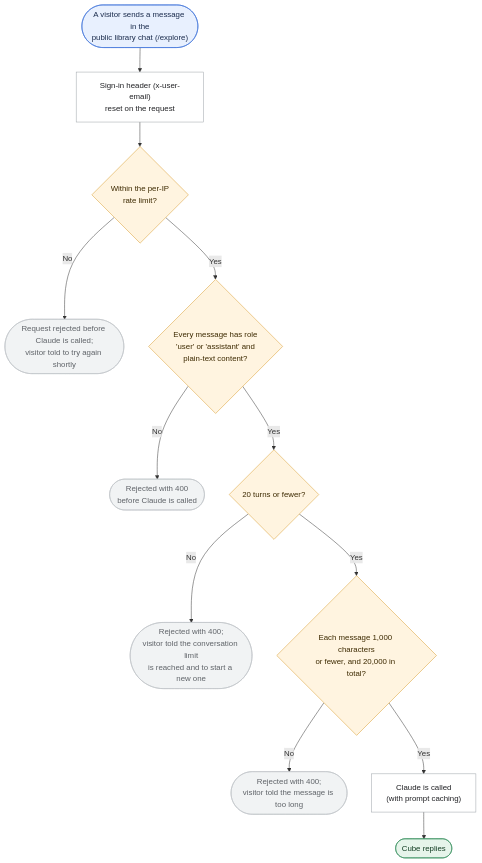
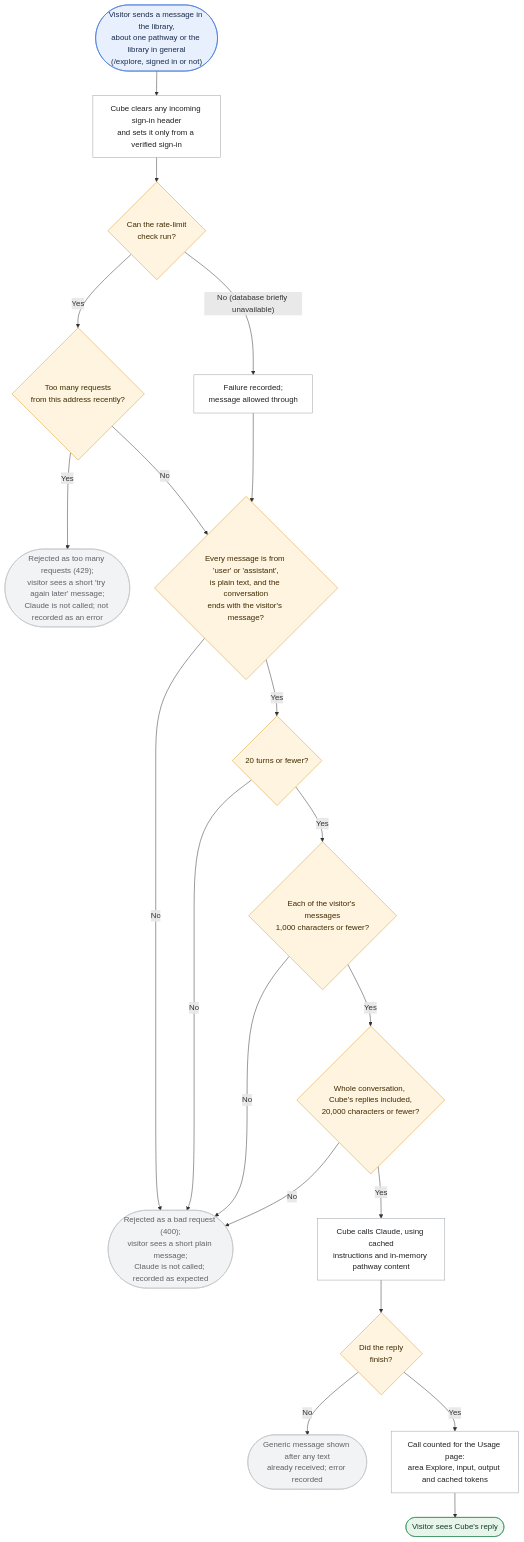
One commit to SwanandAI/diffusion-cube changed the second of 4 diagrams in docs/features/monitoring-logging-cleanup/requirement_monitoring_logging_cleanup.md. Above: the diagram before and after it, drawn with Mermaid. The commit also changed other lines of this file and 108 other files, not shown here.

Commit message:
feat: implement monitoring, logging, rate limiting, and error handling infrastructure with database migrations

````diff
--- a/docs/features/monitoring-logging-cleanup/requirement_monitoring_logging_cleanup.md
+++ b/docs/features/monitoring-logging-cleanup/requirement_monitoring_logging_cleanup.md
@@ -190,26 +214,34 @@
 ```mermaid
 flowchart TD
-    S(["A visitor sends a message in the<br/>public library chat (/explore)"]) --> H["Sign-in header (x-user-email)<br/>reset on the request"]
-    H --> RL{"Within the per-IP<br/>rate limit?"}
-    RL -->|"No"| RJ1(["Request rejected before Claude is called;<br/>visitor told to try again shortly"])
-    RL -->|"Yes"| FM{"Every message has role<br/>'user' or 'assistant' and<br/>plain-text content?"}
-    FM -->|"No"| RJ2(["Rejected with 400<br/>before Claude is called"])
-    FM -->|"Yes"| TN{"20 turns or fewer?"}
-    TN -->|"No"| RJ3(["Rejected with 400;<br/>visitor told the conversation limit<br/>is reached and to start a new one"])
-    TN -->|"Yes"| MS{"Each message 1,000 characters<br/>or fewer, and 20,000 in total?"}
-    MS -->|"No"| RJ4(["Rejected with 400;<br/>visitor told the message is too long"])
-    MS -->|"Yes"| OK["Claude is called<br/>(with prompt caching)"]
-    OK --> DONE(["Cube replies"])
+    S(["Visitor sends a message in the library,<br/>about one pathway or the library in general<br/>(/explore, signed in or not)"]) --> H["Cube clears any incoming sign-in header<br/>and sets it only from a verified sign-in"]
+    H --> RC{"Can the rate-limit<br/>check run?"}
+    RC -->|"No (database briefly unavailable)"| LOG["Failure recorded;<br/>message allowed through"]
+    RC -->|"Yes"| RL{"Too many requests<br/>from this address recently?"}
+    RL -->|"Yes"| X1(["Rejected as too many requests (429);<br/>visitor sees a short 'try again later' message;<br/>Claude is not called; not recorded as an error"])
+    RL -->|"No"| FM{"Every message is from 'user' or 'assistant',<br/>is plain text, and the conversation<br/>ends with the visitor's message?"}
+    LOG --> FM
+    FM -->|"No"| X2(["Rejected as a bad request (400);<br/>visitor sees a short plain message;<br/>Claude is not called; recorded as expected"])
+    FM -->|"Yes"| T{"20 turns or fewer?"}
+    T -->|"No"| X2
+    T -->|"Yes"| M{"Each of the visitor's messages<br/>1,000 characters or fewer?"}
+    M -->|"No"| X2
+    M -->|"Yes"| TOT{"Whole conversation, Cube's replies included,<br/>20,000 characters or fewer?"}
+    TOT -->|"No"| X2
+    TOT -->|"Yes"| C["Cube calls Claude, using cached<br/>instructions and in-memory pathway content"]
+    C --> OKR{"Did the reply<br/>finish?"}
+    OKR -->|"No"| X3(["Generic message shown after any text<br/>already received; error recorded"])
+    OKR -->|"Yes"| U["Call counted for the Usage page:<br/>area Explore, input, output and cached tokens"]
+    U --> D(["Visitor sees Cube's reply"])
 
     classDef start fill:#E8F0FE,stroke:#3B6FD8,color:#1A2B4C
     classDef decision fill:#FFF4E0,stroke:#D99A2B,color:#3D2A00
     classDef step fill:#FFFFFF,stroke:#9AA0A6,color:#202124
     classDef done fill:#E6F4EA,stroke:#2E8B57,color:#123D22
     classDef stop fill:#F1F3F4,stroke:#BDC1C6,color:#5F6368
 
     class S start
-    class RL,FM,TN,MS decision
-    class H,OK step
-    class DONE done
-    class RJ1,RJ2,RJ3,RJ4 stop
+    class RC,RL,FM,T,M,TOT,OKR decision
+    class H,LOG,C,U step
+    class D done
+    class X1,X2,X3 stop
 ```
````
